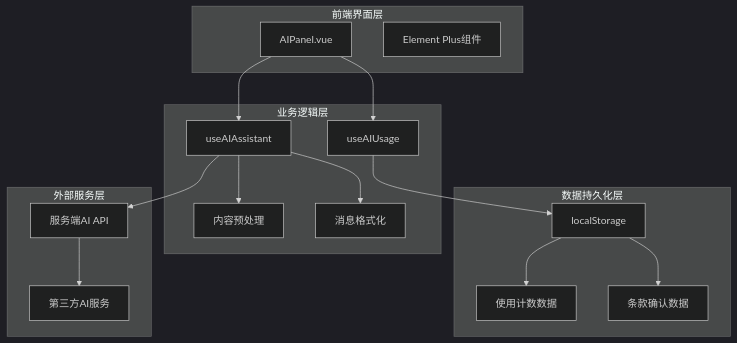
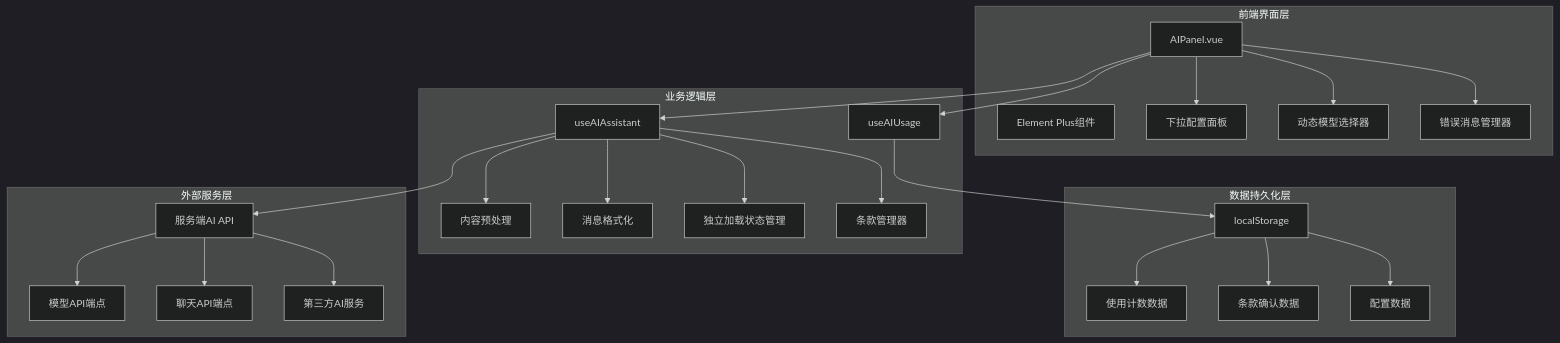
Before and after one commit to terwer/siyuan-plugin-blog: the fifth of 23 diagrams in .qoder/repowiki/zh/content/核心功能/AI助手系统.md, drawn with Mermaid (dark theme). The commit also changed other lines of this file and 8 other files, not shown here.

Commit message:
feat(ai-assistant): add dynamic model selection & dropdown config

````diff
--- a/.qoder/repowiki/zh/content/核心功能/AI助手系统.md
+++ b/.qoder/repowiki/zh/content/核心功能/AI助手系统.md
@@ -197,31 +217,47 @@
 ```mermaid
 graph TB
 subgraph "前端界面层"
 AIPanel[AIPanel.vue]
 UIComponents[Element Plus组件]
+ConfigPanel[下拉配置面板]
+ModelSelector[动态模型选择器]
+ErrorManager[错误消息管理器]
 end
 subgraph "业务逻辑层"
 useAIAssistant[useAIAssistant]
 useAIUsage[useAIUsage]
 preprocess[内容预处理]
 format[消息格式化]
+independentLoading[独立加载状态管理]
+termsManager[条款管理器]
 end
 subgraph "数据持久化层"
 localStorage[localStorage]
 usageData[使用计数数据]
 termsData[条款确认数据]
+configData[配置数据]
 end
 subgraph "外部服务层"
 serverAPI[服务端AI API]
+modelAPI[模型API端点]
+chatAPI[聊天API端点]
 thirdParty[第三方AI服务]
 end
 AIPanel --> useAIAssistant
 AIPanel --> useAIUsage
+AIPanel --> ConfigPanel
+AIPanel --> ModelSelector
+AIPanel --> ErrorManager
 useAIAssistant --> preprocess
 useAIAssistant --> format
+useAIAssistant --> independentLoading
+useAIAssistant --> termsManager
 useAIAssistant --> serverAPI
 useAIUsage --> localStorage
 localStorage --> usageData
 localStorage --> termsData
+localStorage --> configData
+serverAPI --> modelAPI
+serverAPI --> chatAPI
 serverAPI --> thirdParty
 ```
````
